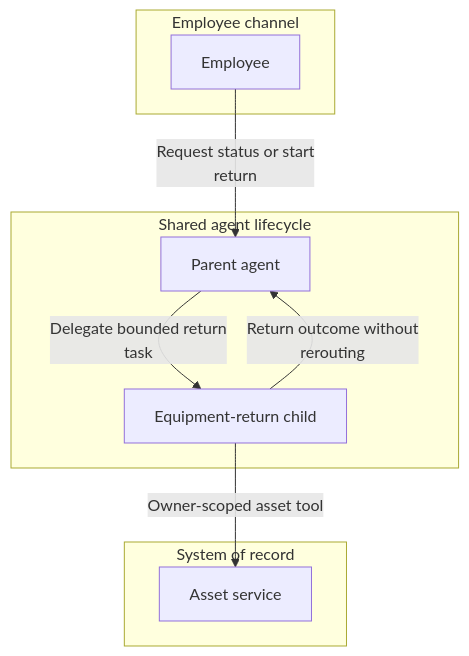
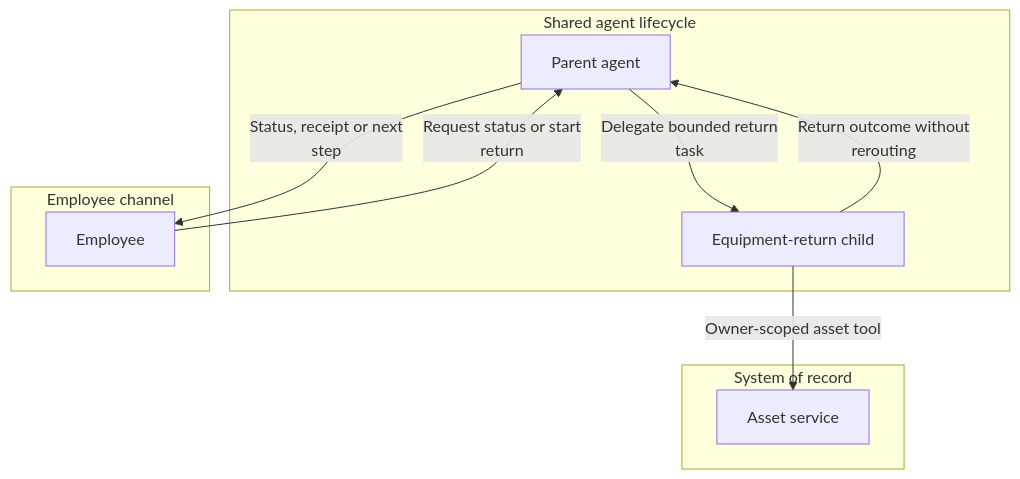
Before and after one commit to abhishek-ai-enabler/copilotstudio-architecture-patterns: the first of 2 diagrams in technical-patterns/child-agent.md, drawn with Mermaid. The commit also changed other lines of this file and 41 other files, not shown here.

First line of the commit message:
Review diagrams: add return paths and fix flow accuracy

````diff
--- a/technical-patterns/child-agent.md
+++ b/technical-patterns/child-agent.md
@@ -7,19 +7,20 @@
 ```mermaid
 flowchart TB
     accTitle: Group one specialist task inside a parent agent - architecture
     accDescr: Use a child when one team owns the whole release. A separate set of instructions is useful for routing but is not an independent authorization boundary.
     subgraph group0["Shared agent lifecycle"]
         P["Parent agent"]
         C["Equipment-return child"]
     end
     subgraph group2["Employee channel"]
         U["Employee"]
     end
     subgraph group3["System of record"]
         I["Asset service"]
     end
     U -->|"Request status or start<br/>return"| P
     P -->|"Delegate bounded return<br/>task"| C
     C -->|"Owner-scoped asset tool"| I
     C -->|"Return outcome without<br/>rerouting"| P
+    P -->|"Status, receipt or next<br/>step"| U
 ```
````
